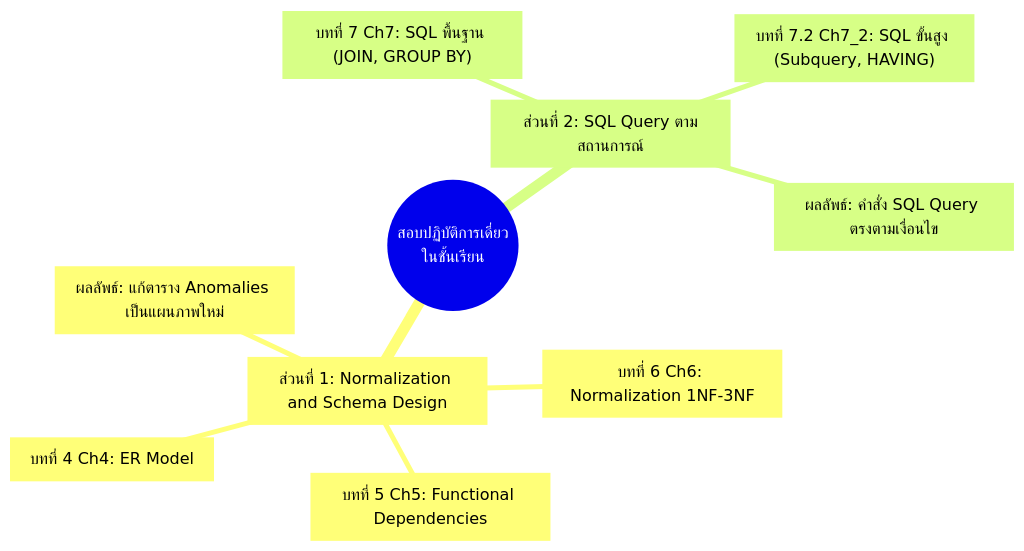
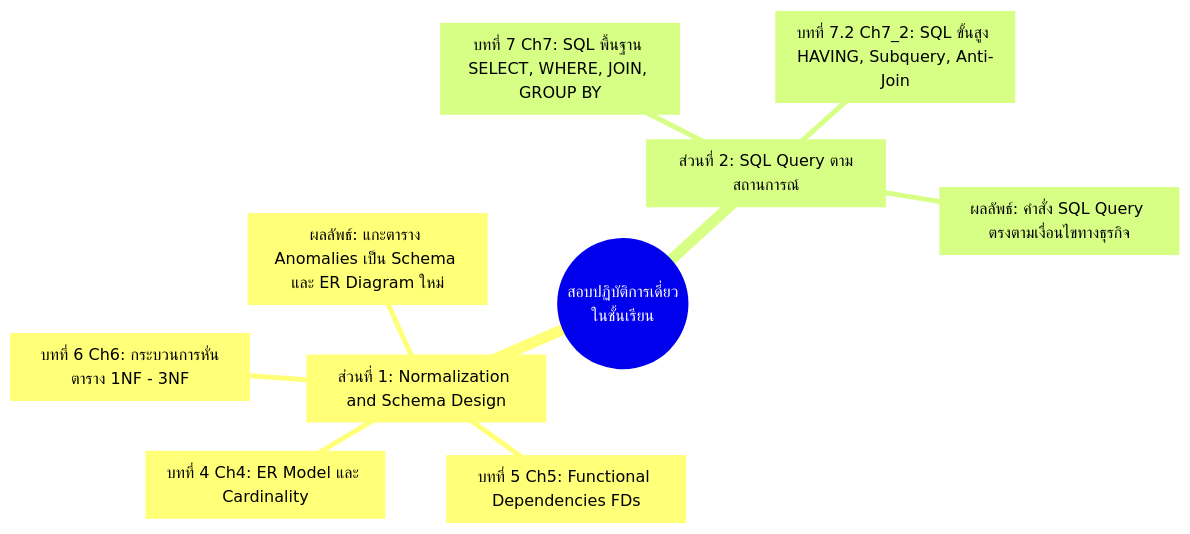
One commit to kanomoo/database-system changed the first of 7 diagrams in Wiki/In-Class Exam Guide - Normalization and SQL.md. Above: the diagram before and after it, drawn with Mermaid. The commit also changed other lines of this file and 11 other files, not shown here.

````diff
--- a/Wiki/In-Class Exam Guide - Normalization and SQL.md
+++ b/Wiki/In-Class Exam Guide - Normalization and SQL.md
@@ -27,13 +35,13 @@
 ```mermaid
 mindmap
   root((สอบปฏิบัติการเดี่ยว<br/>ในชั้นเรียน))
     Part1["ส่วนที่ 1: Normalization and Schema Design"]
-      Ch4["บทที่ 4 Ch4: ER Model"]
-      Ch5["บทที่ 5 Ch5: Functional Dependencies"]
-      Ch6["บทที่ 6 Ch6: Normalization 1NF-3NF"]
-      Res1["ผลลัพธ์: แก้ตาราง Anomalies เป็นแผนภาพใหม่"]
+      Ch4["บทที่ 4 Ch4: ER Model และ Cardinality"]
+      Ch5["บทที่ 5 Ch5: Functional Dependencies FDs"]
+      Ch6["บทที่ 6 Ch6: กระบวนการหั่นตาราง 1NF - 3NF"]
+      Res1["ผลลัพธ์: แกะตาราง Anomalies เป็น Schema และ ER Diagram ใหม่"]
     Part2["ส่วนที่ 2: SQL Query ตามสถานการณ์"]
-      Ch7["บทที่ 7 Ch7: SQL พื้นฐาน (JOIN, GROUP BY)"]
-      Ch72["บทที่ 7.2 Ch7_2: SQL ขั้นสูง (Subquery, HAVING)"]
-      Res2["ผลลัพธ์: คำสั่ง SQL Query ตรงตามเงื่อนไข"]
+      Ch7["บทที่ 7 Ch7: SQL พื้นฐาน SELECT, WHERE, JOIN, GROUP BY"]
+      Ch72["บทที่ 7.2 Ch7_2: SQL ขั้นสูง HAVING, Subquery, Anti-Join"]
+      Res2["ผลลัพธ์: คำสั่ง SQL Query ตรงตามเงื่อนไขทางธุรกิจ"]
 ```
````
